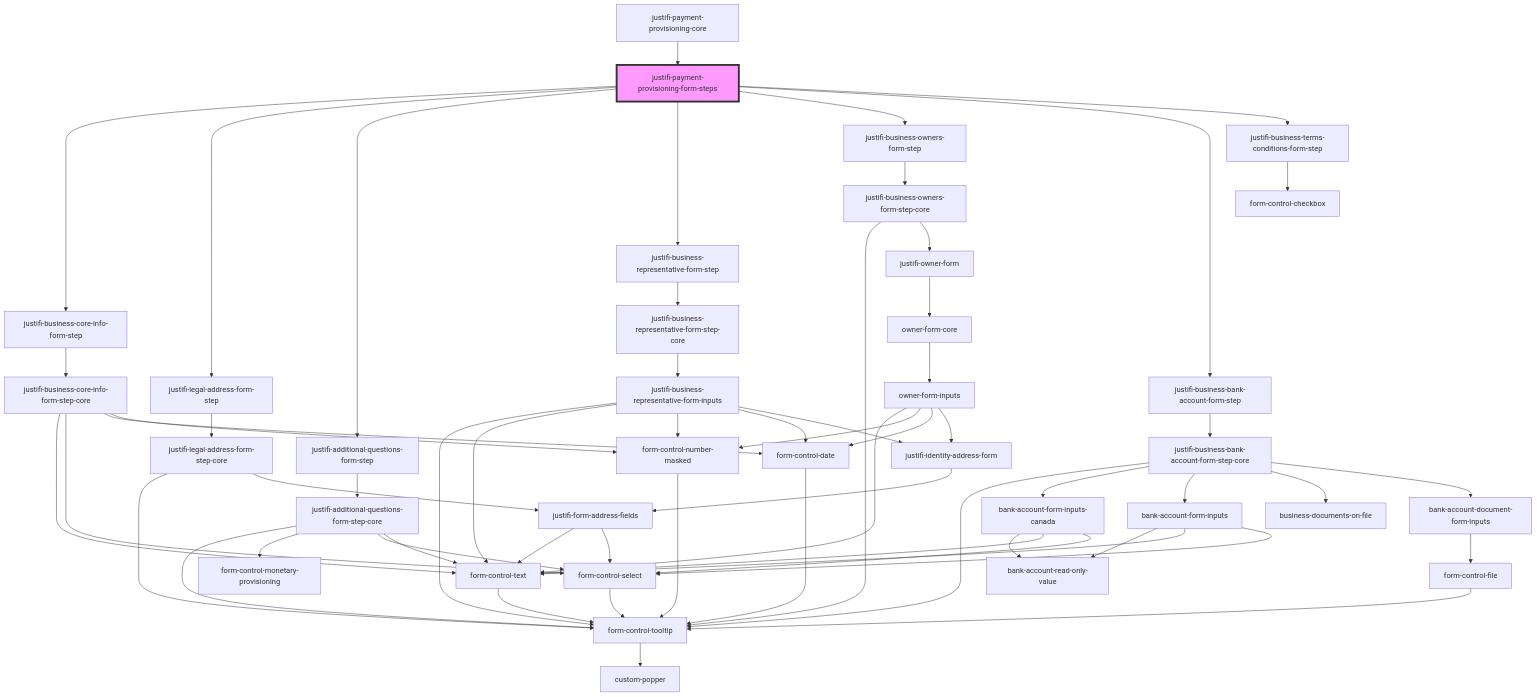
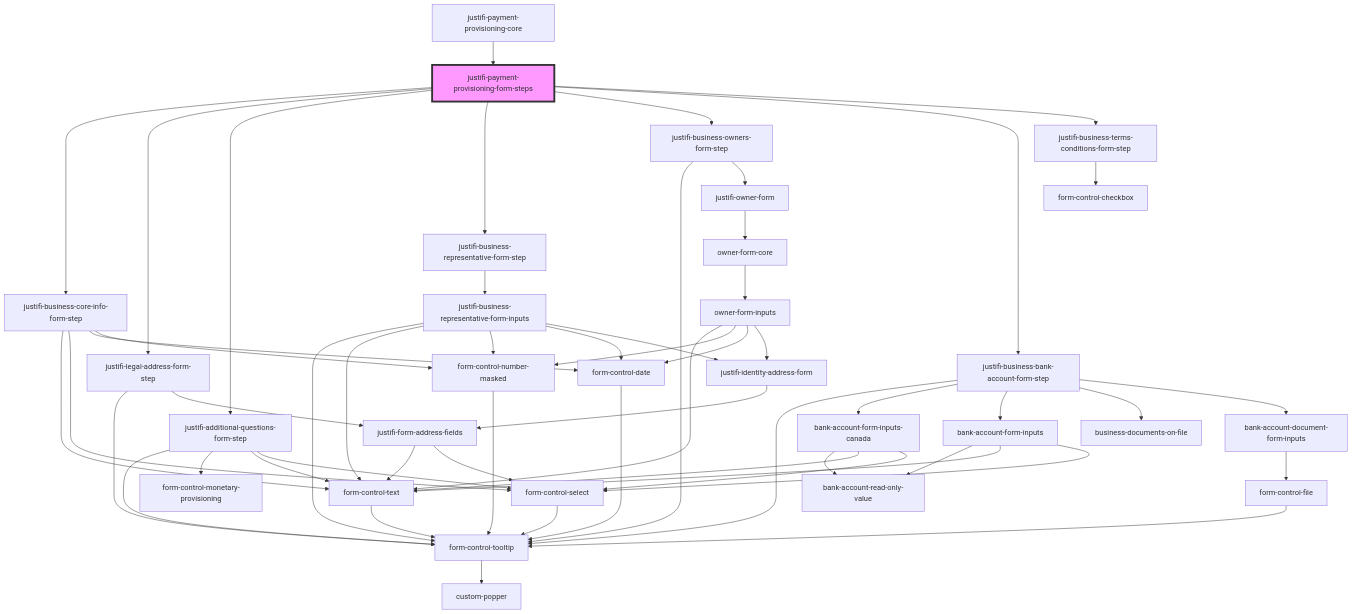
One commit to justifi-tech/web-component-library changed the diagram in packages/webcomponents/src/components/business-forms/payment-provisioning/readme.md. Above: the diagram before and after it, drawn with Mermaid. The commit also changed 26 other files, not shown here.

````diff
--- a/packages/webcomponents/src/components/business-forms/payment-provisioning/readme.md
+++ b/packages/webcomponents/src/components/business-forms/payment-provisioning/readme.md
@@ -36,64 +36,58 @@
 ```mermaid
 graph TD;
   justifi-payment-provisioning-form-steps --> justifi-business-core-info-form-step
   justifi-payment-provisioning-form-steps --> justifi-legal-address-form-step
   justifi-payment-provisioning-form-steps --> justifi-additional-questions-form-step
   justifi-payment-provisioning-form-steps --> justifi-business-representative-form-step
   justifi-payment-provisioning-form-steps --> justifi-business-owners-form-step
   justifi-payment-provisioning-form-steps --> justifi-business-bank-account-form-step
   justifi-payment-provisioning-form-steps --> justifi-business-terms-conditions-form-step
-  justifi-business-core-info-form-step --> justifi-business-core-info-form-step-core
-  justifi-business-core-info-form-step-core --> form-control-text
-  justifi-business-core-info-form-step-core --> form-control-select
-  justifi-business-core-info-form-step-core --> form-control-date
-  justifi-business-core-info-form-step-core --> form-control-number-masked
+  justifi-business-core-info-form-step --> form-control-text
+  justifi-business-core-info-form-step --> form-control-select
+  justifi-business-core-info-form-step --> form-control-date
+  justifi-business-core-info-form-step --> form-control-number-masked
   form-control-text --> form-control-tooltip
   form-control-tooltip --> custom-popper
   form-control-select --> form-control-tooltip
   form-control-date --> form-control-tooltip
   form-control-number-masked --> form-control-tooltip
-  justifi-legal-address-form-step --> justifi-legal-address-form-step-core
-  justifi-legal-address-form-step-core --> form-control-tooltip
-  justifi-legal-address-form-step-core --> justifi-form-address-fields
+  justifi-legal-address-form-step --> form-control-tooltip
+  justifi-legal-address-form-step --> justifi-form-address-fields
   justifi-form-address-fields --> form-control-text
   justifi-form-address-fields --> form-control-select
-  justifi-additional-questions-form-step --> justifi-additional-questions-form-step-core
-  justifi-additional-questions-form-step-core --> form-control-tooltip
-  justifi-additional-questions-form-step-core --> form-control-monetary-provisioning
-  justifi-additional-questions-form-step-core --> form-control-select
-  justifi-additional-questions-form-step-core --> form-control-text
-  justifi-business-representative-form-step --> justifi-business-representative-form-step-core
-  justifi-business-representative-form-step-core --> justifi-business-representative-form-inputs
+  justifi-additional-questions-form-step --> form-control-tooltip
+  justifi-additional-questions-form-step --> form-control-monetary-provisioning
+  justifi-additional-questions-form-step --> form-control-text
+  justifi-additional-questions-form-step --> form-control-select
+  justifi-business-representative-form-step --> justifi-business-representative-form-inputs
   justifi-business-representative-form-inputs --> form-control-tooltip
   justifi-business-representative-form-inputs --> form-control-text
   justifi-business-representative-form-inputs --> form-control-number-masked
   justifi-business-representative-form-inputs --> form-control-date
   justifi-business-representative-form-inputs --> justifi-identity-address-form
   justifi-identity-address-form --> justifi-form-address-fields
-  justifi-business-owners-form-step --> justifi-business-owners-form-step-core
-  justifi-business-owners-form-step-core --> form-control-tooltip
-  justifi-business-owners-form-step-core --> justifi-owner-form
+  justifi-business-owners-form-step --> form-control-tooltip
+  justifi-business-owners-form-step --> justifi-owner-form
   justifi-owner-form --> owner-form-core
   owner-form-core --> owner-form-inputs
   owner-form-inputs --> form-control-text
   owner-form-inputs --> form-control-number-masked
   owner-form-inputs --> form-control-date
   owner-form-inputs --> justifi-identity-address-form
-  justifi-business-bank-account-form-step --> justifi-business-bank-account-form-step-core
-  justifi-business-bank-account-form-step-core --> form-control-tooltip
-  justifi-business-bank-account-form-step-core --> bank-account-form-inputs-canada
-  justifi-business-bank-account-form-step-core --> bank-account-form-inputs
-  justifi-business-bank-account-form-step-core --> business-documents-on-file
-  justifi-business-bank-account-form-step-core --> bank-account-document-form-inputs
+  justifi-business-bank-account-form-step --> form-control-tooltip
+  justifi-business-bank-account-form-step --> bank-account-form-inputs-canada
+  justifi-business-bank-account-form-step --> bank-account-form-inputs
+  justifi-business-bank-account-form-step --> business-documents-on-file
+  justifi-business-bank-account-form-step --> bank-account-document-form-inputs
   bank-account-form-inputs-canada --> bank-account-read-only-value
   bank-account-form-inputs-canada --> form-control-text
   bank-account-form-inputs-canada --> form-control-select
   bank-account-form-inputs --> bank-account-read-only-value
   bank-account-form-inputs --> form-control-text
   bank-account-form-inputs --> form-control-select
   bank-account-document-form-inputs --> form-control-file
   form-control-file --> form-control-tooltip
   justifi-business-terms-conditions-form-step --> form-control-checkbox
   justifi-payment-provisioning-core --> justifi-payment-provisioning-form-steps
   style justifi-payment-provisioning-form-steps fill:#f9f,stroke:#333,stroke-width:4px
 ```
````
